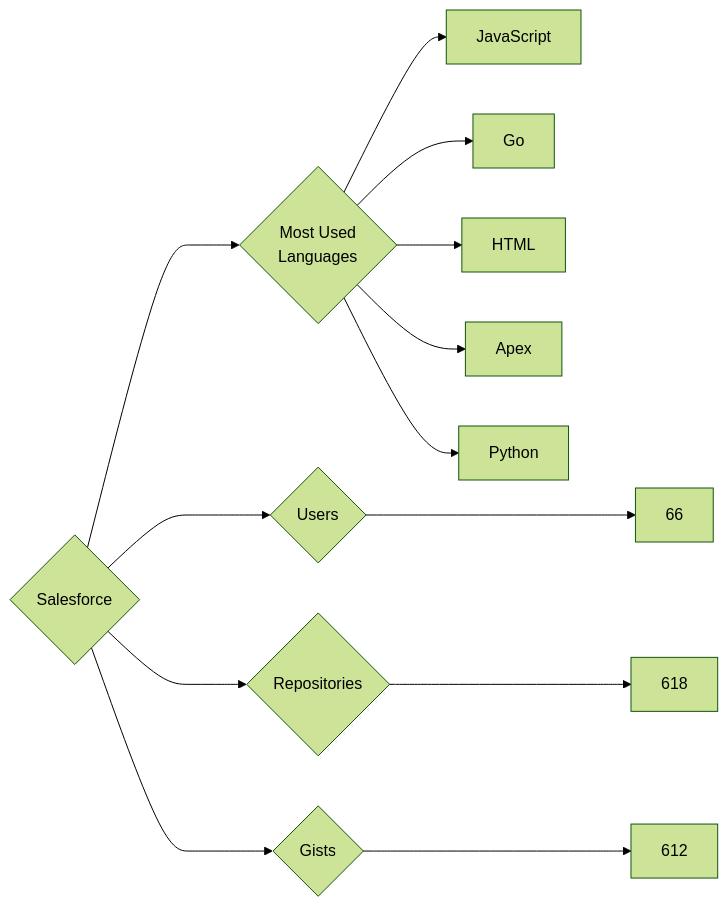
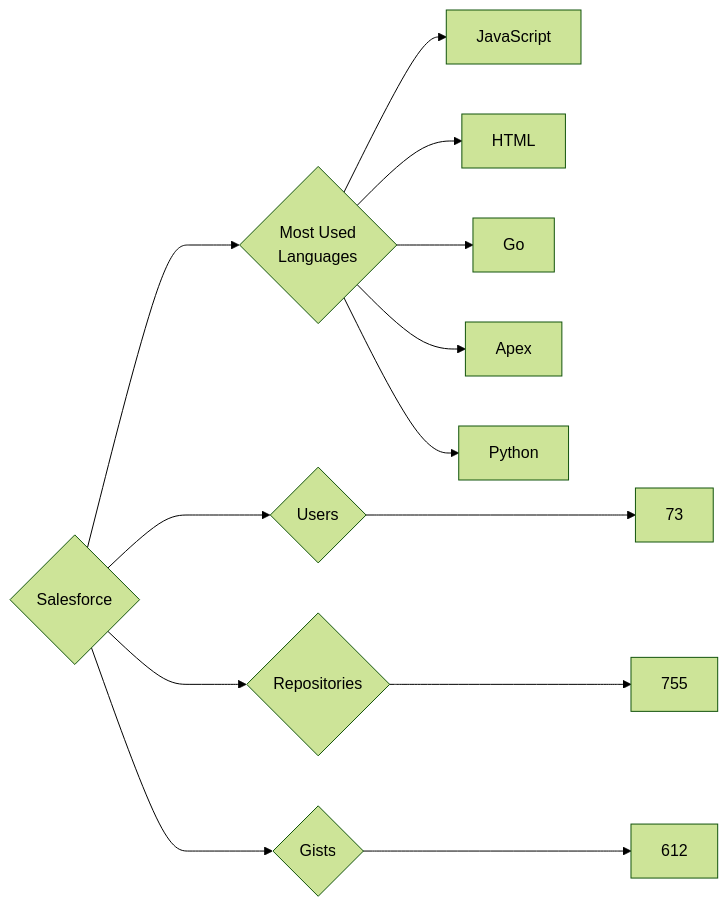
One commit to trickest/insiders changed the diagram in targets/Salesforce/README.md. Above: the diagram before and after it, drawn with Mermaid (forest theme). The commit also changed 682 other files, not shown here.

````diff
--- a/targets/Salesforce/README.md
+++ b/targets/Salesforce/README.md
@@ -3,13 +3,13 @@
 ```mermaid
 graph LR
 COMPANY_NAME{Salesforce}
-COMPANY_NAME ---> U{Users} ---> UN[66]
-COMPANY_NAME ---> R{Repositories} ---> RN[618]
+COMPANY_NAME ---> U{Users} ---> UN[73]
+COMPANY_NAME ---> R{Repositories} ---> RN[755]
 COMPANY_NAME ---> G{Gists} ---> GN[612]
 COMPANY_NAME ---> ML{Most Used<br>Languages}
 ML --> JavaScript[JavaScript]
+ML --> HTML[HTML]
 ML --> Go[Go]
-ML --> HTML[HTML]
 ML --> Apex[Apex]
 ML --> Python[Python]
 ```
````
